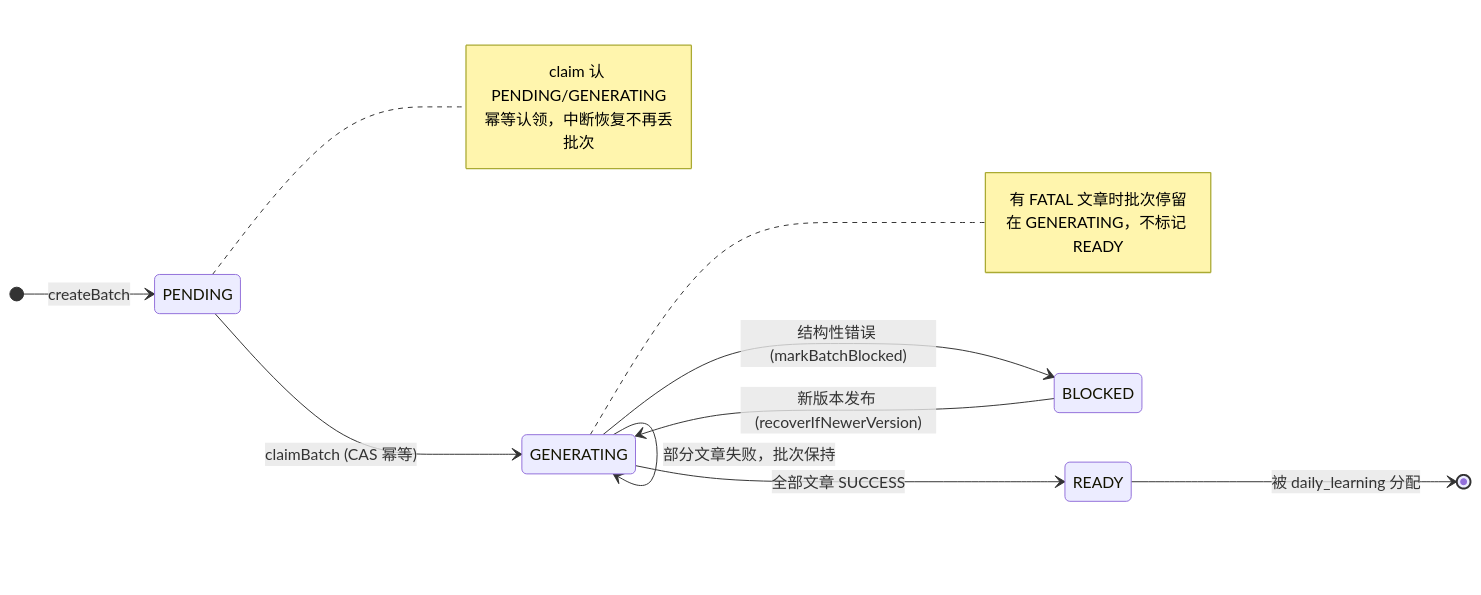
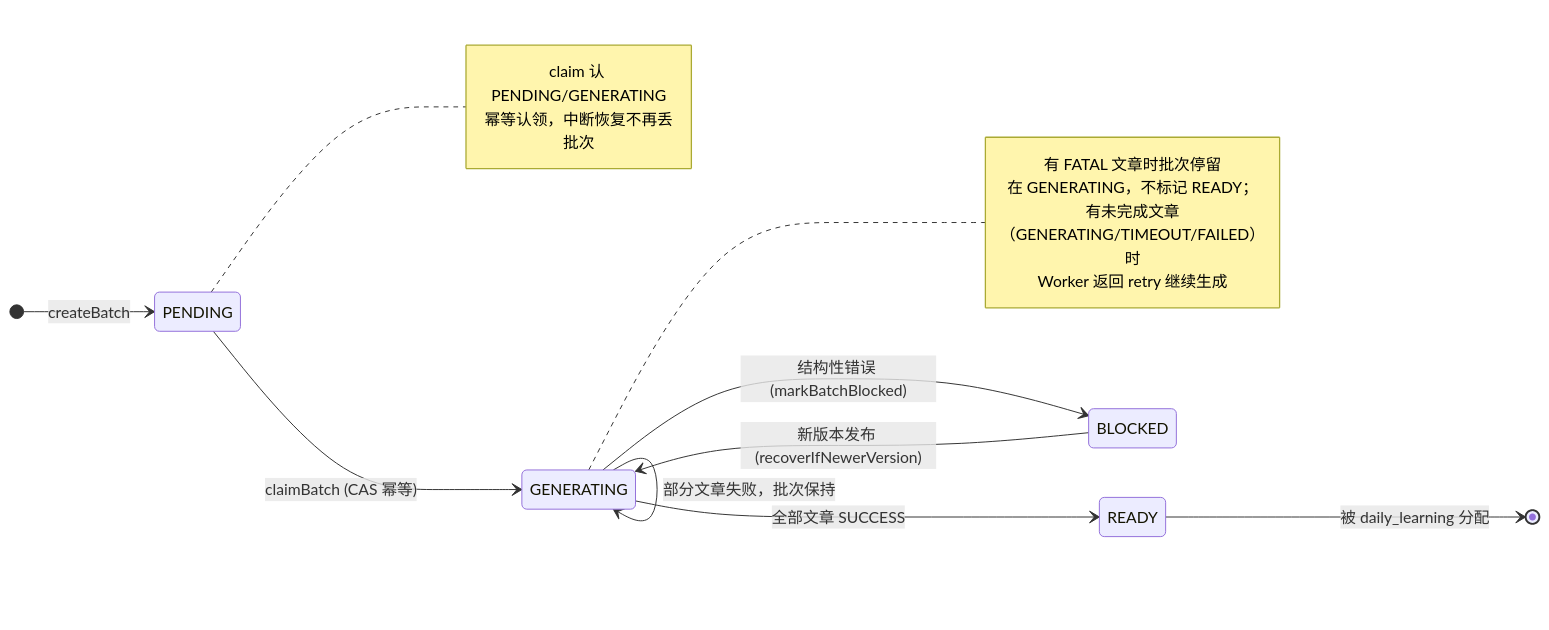
One commit to kindywu/contexta changed the first of 5 diagrams in impl/app/android/app/docs/文章生成.md. Above: the diagram before and after it, drawn with Mermaid. The commit also changed other lines of this file and 4 other files, not shown here.

First line of the commit message:
fix: 批次有未完成文章时不再卡死 GENERATING — 未完成返回 retry 继续生成

````diff
--- a/impl/app/android/app/docs/文章生成.md
+++ b/impl/app/android/app/docs/文章生成.md
@@ -61,13 +61,13 @@
 ```mermaid
 stateDiagram-v2
     direction LR
     [*] --> PENDING: createBatch
     PENDING --> GENERATING: claimBatch (CAS 幂等)
     GENERATING --> READY: 全部文章 SUCCESS
     GENERATING --> BLOCKED: 结构性错误 (markBatchBlocked)
     BLOCKED --> GENERATING: 新版本发布 (recoverIfNewerVersion)
     READY --> [*]: 被 daily_learning 分配
     GENERATING --> GENERATING: 部分文章失败，批次保持
-    note right of GENERATING: 有 FATAL 文章时批次停留<br/>在 GENERATING，不标记 READY
+    note right of GENERATING: 有 FATAL 文章时批次停留<br/>在 GENERATING，不标记 READY；<br/>有未完成文章（GENERATING/TIMEOUT/FAILED）时<br/>Worker 返回 retry 继续生成
     note right of PENDING: claim 认 PENDING/GENERATING<br/>幂等认领，中断恢复不再丢批次
 ```
````
